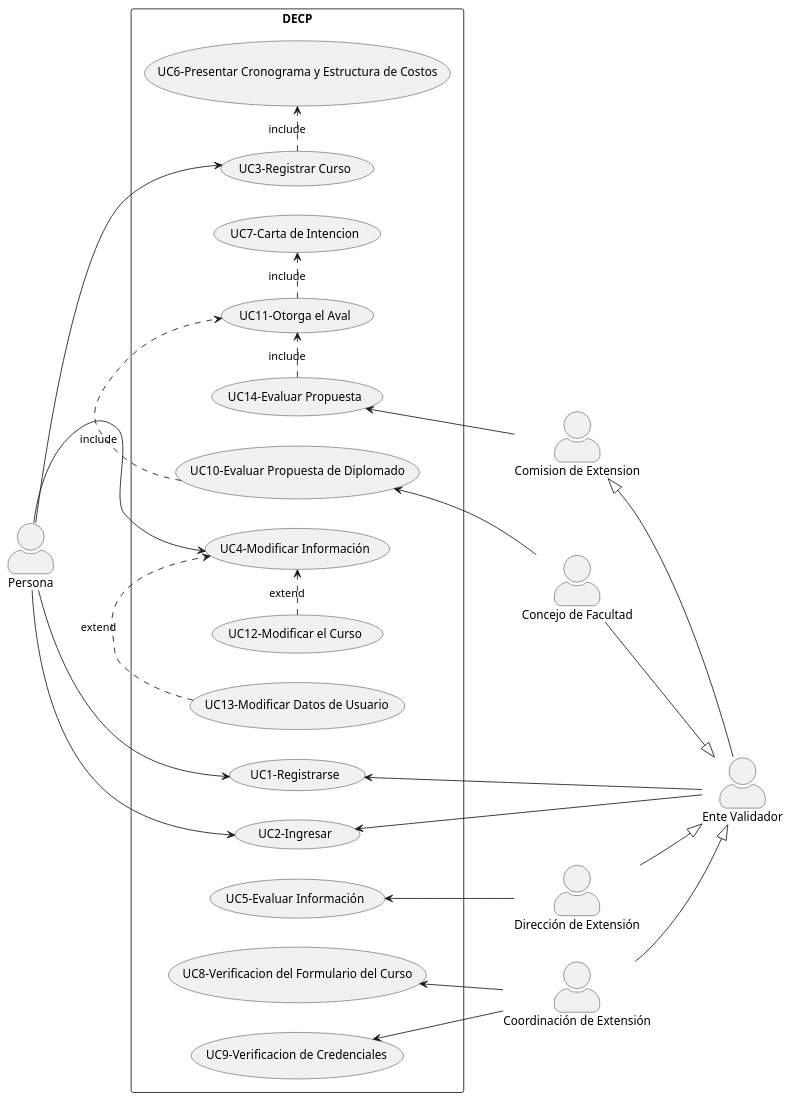
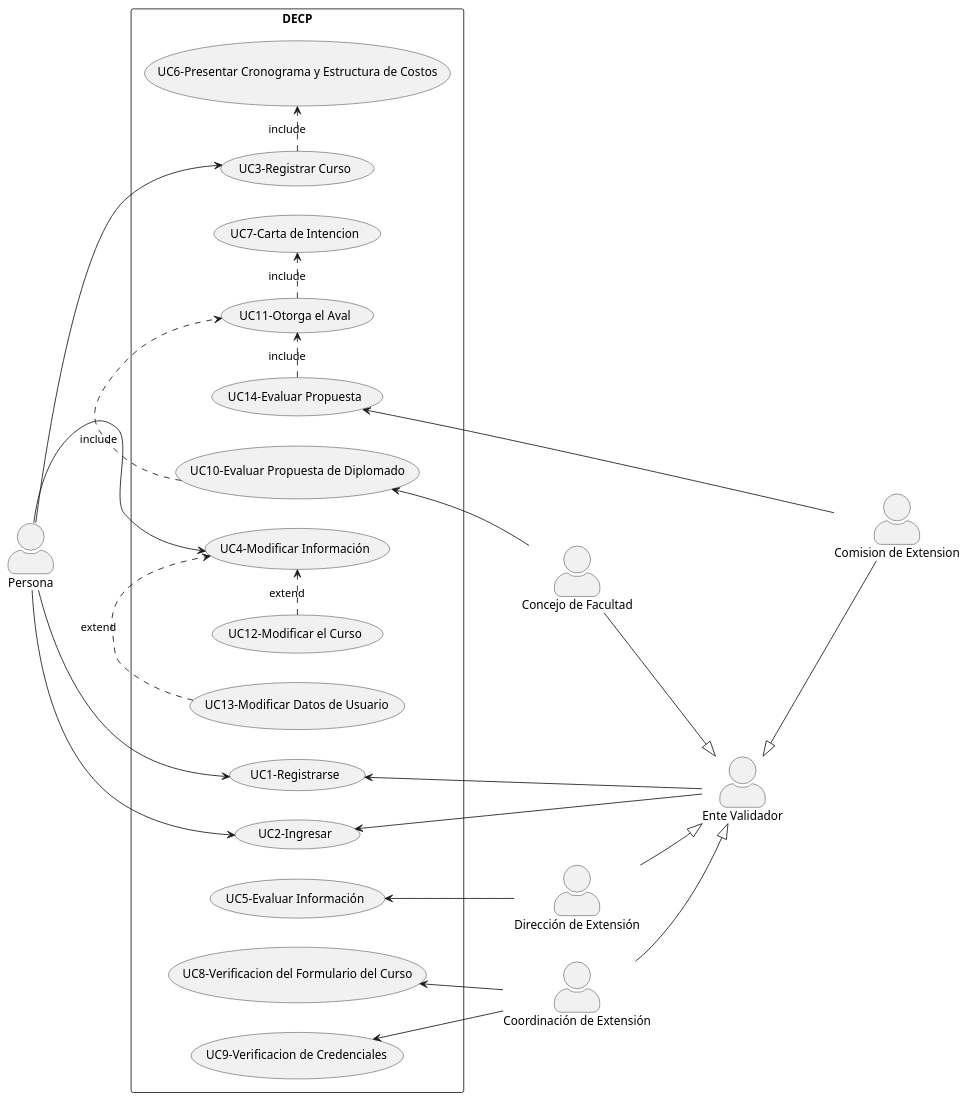
One commit to dalekprime/Ingenieria_de_Software_Equipo8 changed the diagram in Casos de usos - Entrega de Requisitos.wsd. Above: the diagram before and after it, drawn with PlantUML.

Commit message:
Casos de usos - Entrega de Requisitos.wsd

```diff
--- a/Casos de usos - Entrega de Requisitos.wsd
+++ b/Casos de usos - Entrega de Requisitos.wsd
@@ -1,49 +1,49 @@
 @startuml usecase
 skinparam actorStyle awesome
 left to right direction
 :Persona: as a
 
 :Ente Validador: as e
 :Dirección de Extensión: as b
 :Coordinación de Extensión: as c
 :Concejo de Facultad: as d
 :Comision de Extension: as f
 
 rectangle DECP{
 (UC1-Registrarse) as 1
 (UC2-Ingresar) as 2 
 (UC3-Registrar Curso) as 3
 (UC6-Presentar Cronograma y Estructura de Costos) as 6
 (UC4-Modificar Información) as 4
 (UC5-Evaluar Información) as 5
 (UC7-Carta de Intencion) as 7
 (UC8-Verificacion del Formulario del Curso) as 8
 (UC9-Verificacion de Credenciales) as 9
 (UC10-Evaluar Propuesta de Diplomado) as 10
 (UC11-Otorga el Aval) as 11
 (UC12-Modificar el Curso) as 12
 (UC13-Modificar Datos de Usuario) as 13
 (UC14-Evaluar Propuesta) as 14
 }
-f <|-- e
+e <|-- f
 1 <-- e
 b --|> e
 c --|> e
 d --|> e
 a --> 1
 a --> 2
 e --> 2
 a --> 3
 a --> 4
 5 <-- b
 8 <-- c
 9 <-- c
 10 <-- d
 3 .> 6 : include
 14 .> 11 : include
 10 .> 11 : include
 11 .> 7: include
 12 .> 4: extend
 13 .> 4: extend
 14 <-- f
 @enduml
```
